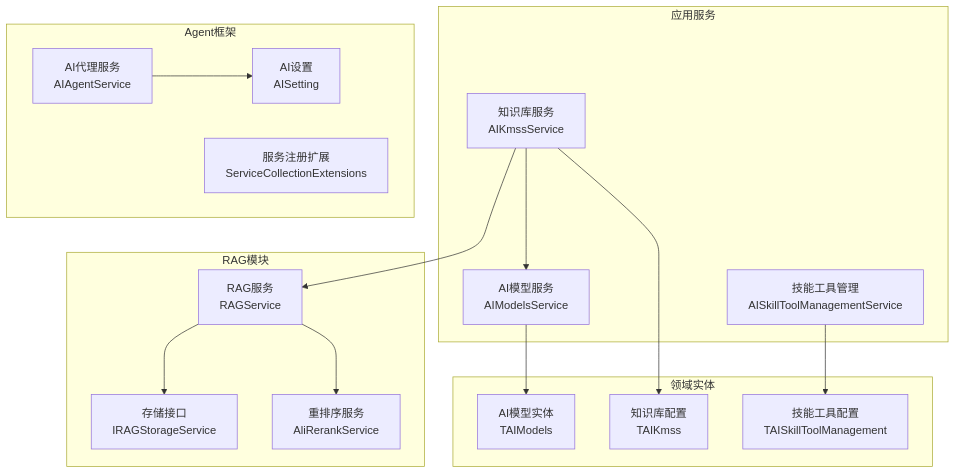
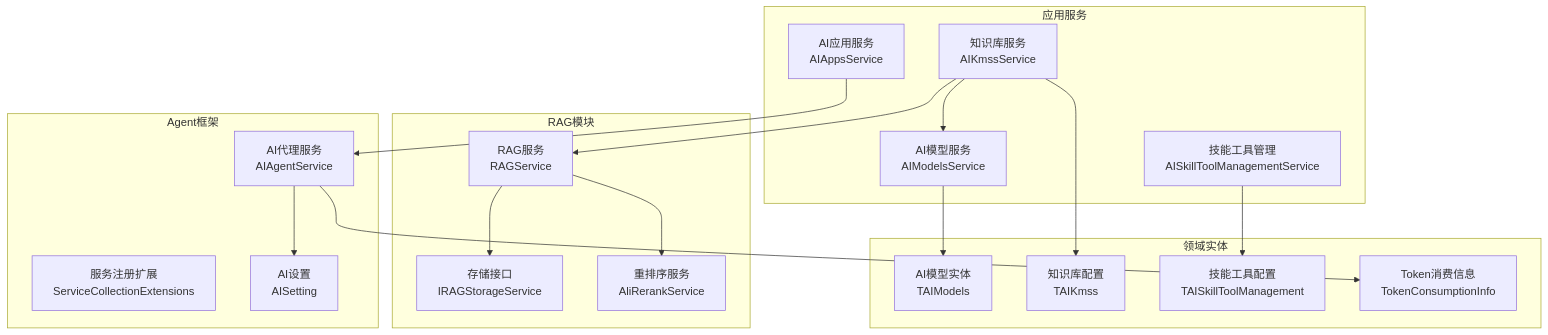
The first of 9 diagrams in .qoder/repowiki/zh/content/AI智能体/AI智能体.md (junkai-li/NetCoreKevin), drawn with Mermaid before and after one commit. The commit also changed other lines of this file and 7 other files, not shown here.

````diff
--- a/.qoder/repowiki/zh/content/AI智能体/AI智能体.md
+++ b/.qoder/repowiki/zh/content/AI智能体/AI智能体.md
@@ -42,31 +54,35 @@
 ```mermaid
 graph TB
 subgraph "应用服务"
 AAS["AI模型服务<br/>AIModelsService"]
 AKS["知识库服务<br/>AIKmssService"]
 AST["技能工具管理<br/>AISkillToolManagementService"]
+AASV["AI应用服务<br/>AIAppsService"]
 end
 subgraph "RAG模块"
 RS["RAG服务<br/>RAGService"]
 IRSS["存储接口<br/>IRAGStorageService"]
 ARS["重排序服务<br/>AliRerankService"]
 end
 subgraph "Agent框架"
 AIS["AI代理服务<br/>AIAgentService"]
 SET["服务注册扩展<br/>ServiceCollectionExtensions"]
 ASG["AI设置<br/>AISetting"]
 end
 subgraph "领域实体"
 M["AI模型实体<br/>TAIModels"]
 K["知识库配置<br/>TAIKmss"]
 S["技能工具配置<br/>TAISkillToolManagement"]
+T["Token消费信息<br/>TokenConsumptionInfo"]
 end
 AAS --> M
 AKS --> K
 AST --> S
+AASV --> AIS
 RS --> IRSS
 RS --> ARS
 AIS --> ASG
 AKS --> RS
 AKS --> AAS
+AIS --> T
 ```
````
